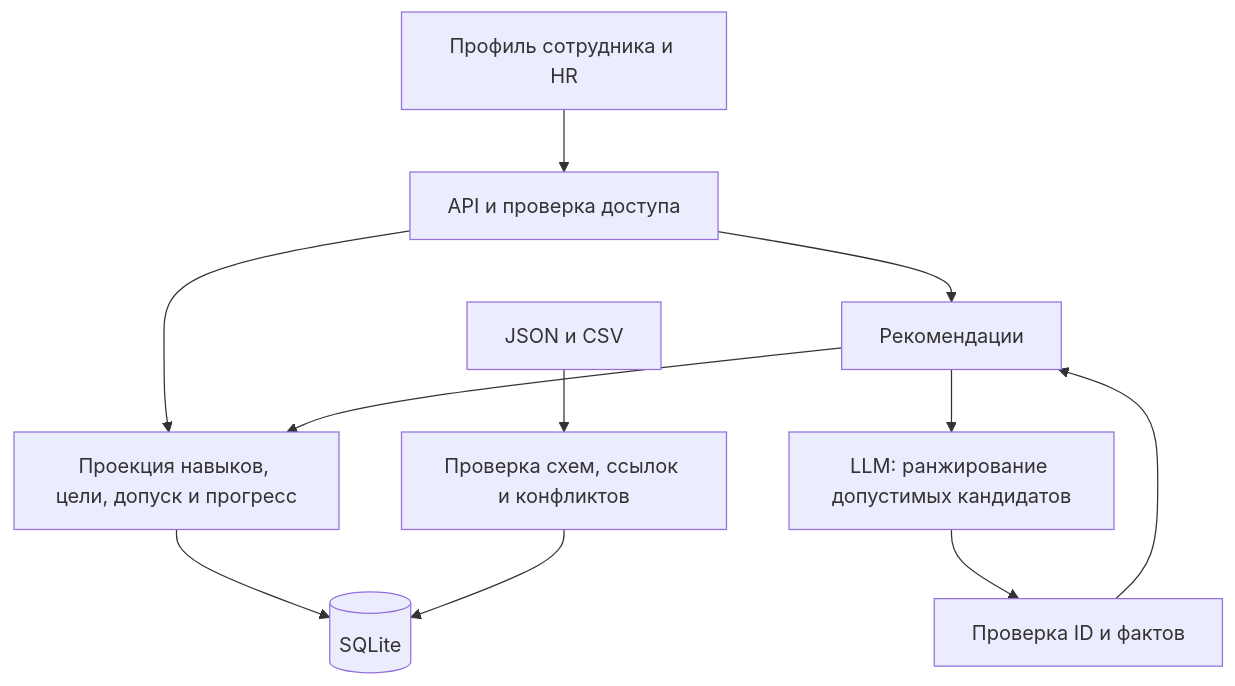
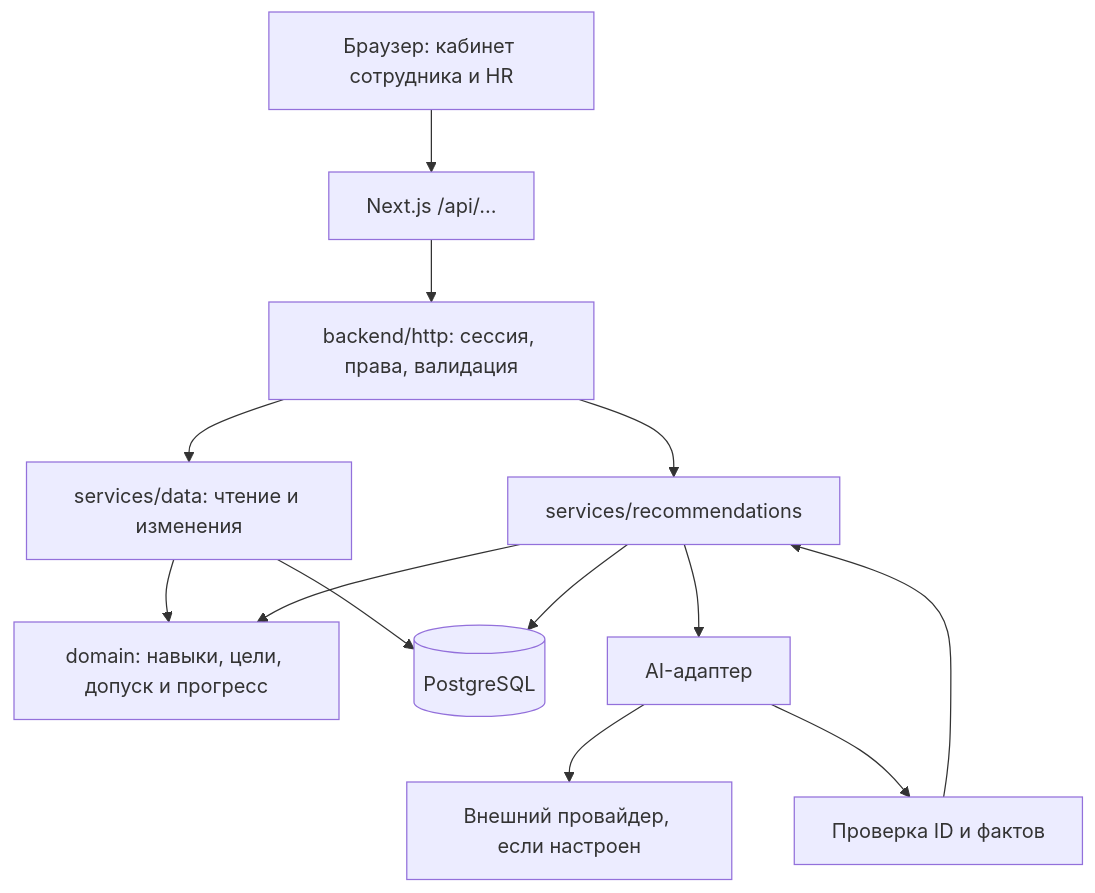
The diagram in docs/ARCHITECTURE.md (BAITC-Hacks/hack-5abba766-orbit-jr), drawn with Mermaid before and after one commit. The commit also changed other lines of this file and 52 other files, not shown here.

Commit message:
feat: implement PostgreSQL backend and local delivery

````diff
--- a/docs/ARCHITECTURE.md
+++ b/docs/ARCHITECTURE.md
@@ -28,13 +32,15 @@
 ```mermaid
 flowchart TD
-    UI[Профиль сотрудника и HR] --> API[API и проверка доступа]
-    API --> CORE[Проекция навыков, цели, допуск и прогресс]
-    CORE --> DB[(SQLite)]
-    API --> REC[Рекомендации]
-    REC --> CORE
-    REC --> LLM[LLM: ранжирование допустимых кандидатов]
-    LLM --> VALIDATE[Проверка ID и фактов]
-    VALIDATE --> REC
-    IMPORT[JSON и CSV] --> CHECK[Проверка схем, ссылок и конфликтов]
-    CHECK --> DB
+    UI[Браузер: кабинет сотрудника и HR] --> NEXT[Next.js /api/…]
+    NEXT --> HTTP[backend/http: сессия, права, валидация]
+    HTTP --> DATA[services/data: чтение и изменения]
+    HTTP --> REC[services/recommendations]
+    DATA --> DOMAIN[domain: навыки, цели, допуск и прогресс]
+    REC --> DOMAIN
+    DATA --> DB[(PostgreSQL)]
+    REC --> DB
+    REC --> AI[AI-адаптер]
+    AI --> PROVIDER[Внешний провайдер, если настроен]
+    AI --> CHECK[Проверка ID и фактов]
+    CHECK --> REC
 ```
````
